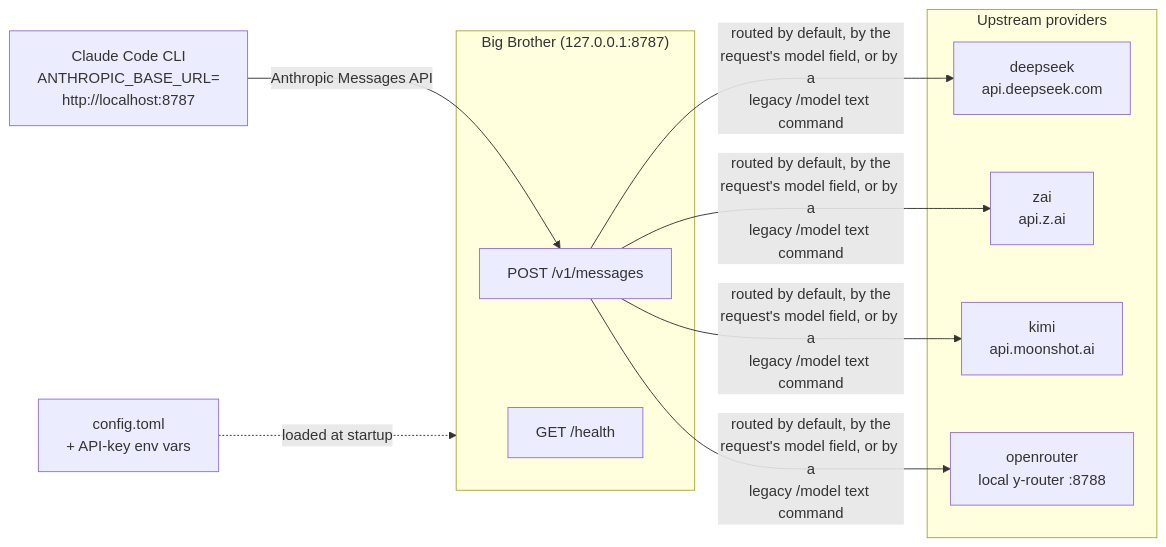
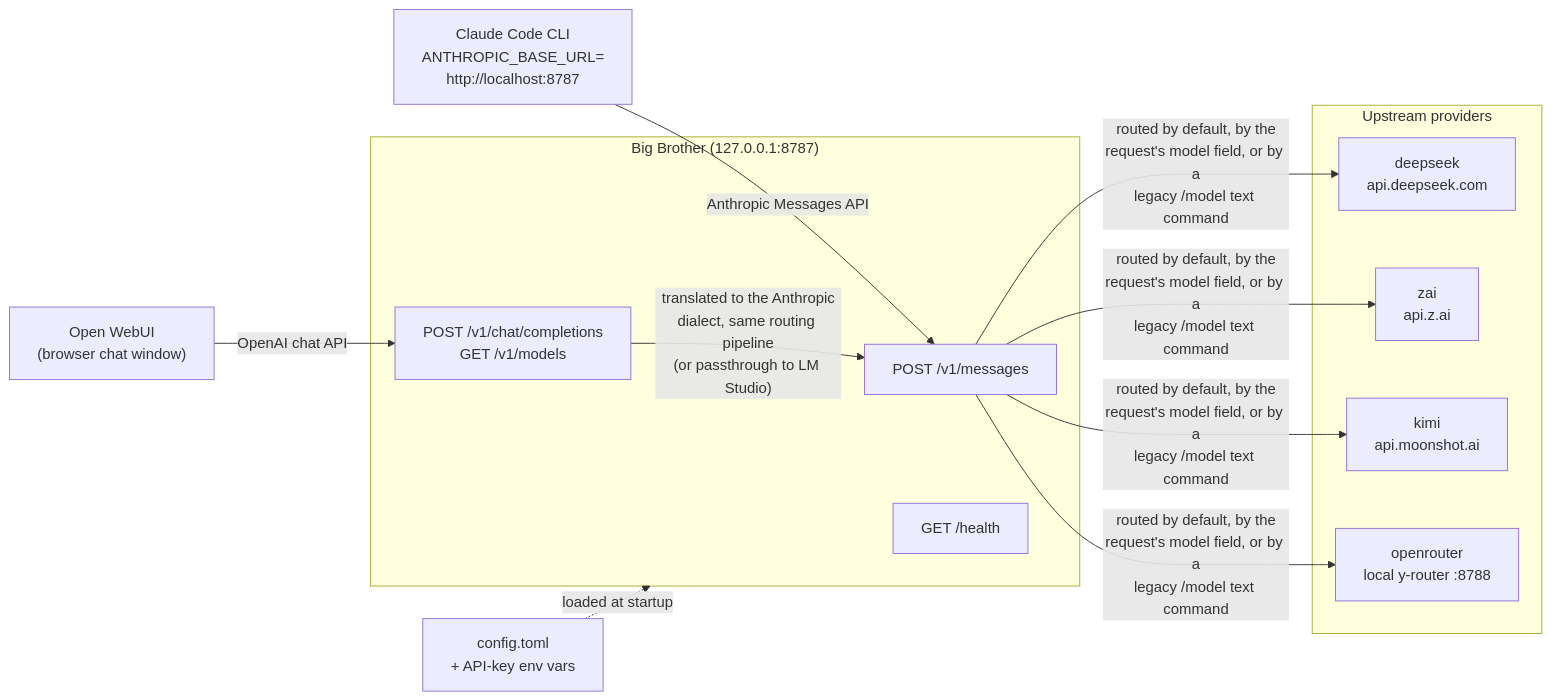
Before and after one commit to cyb5r67/Claude-Code-Multi-Provider-in-Rust: the first of 9 diagrams in docs/ARCHITECTURE.md, drawn with Mermaid. The commit also changed other lines of this file and 5 other files, not shown here.

Commit message:
feat: route Open WebUI through the proxy; document the chat front door

````diff
--- a/docs/ARCHITECTURE.md
+++ b/docs/ARCHITECTURE.md
@@ -16,22 +16,26 @@
 ```mermaid
 flowchart LR
     CC["Claude Code CLI<br/>ANTHROPIC_BASE_URL=<br/>http://localhost:8787"]
+    OW["Open WebUI<br/>(browser chat window)"]
 
     subgraph proxy["Big Brother (127.0.0.1:8787)"]
         H1["POST /v1/messages"]
+        H3["POST /v1/chat/completions<br/>GET /v1/models"]
         H2["GET /health"]
     end
 
     subgraph providers["Upstream providers"]
         P1["deepseek<br/>api.deepseek.com"]
         P2["zai<br/>api.z.ai"]
         P3["kimi<br/>api.moonshot.ai"]
         P4["openrouter<br/>local y-router :8788"]
     end
 
     CFG["config.toml<br/>+ API-key env vars"]
 
     CC -- "Anthropic Messages API" --> H1
+    OW -- "OpenAI chat API" --> H3
+    H3 -- "translated to the Anthropic<br/>dialect, same routing pipeline<br/>(or passthrough to LM Studio)" --> H1
     CFG -. "loaded at startup" .-> proxy
     H1 -- "routed by default, by the<br/>request's model field, or by a<br/>legacy /model text command" --> P1 & P2 & P3 & P4
 ```
````
